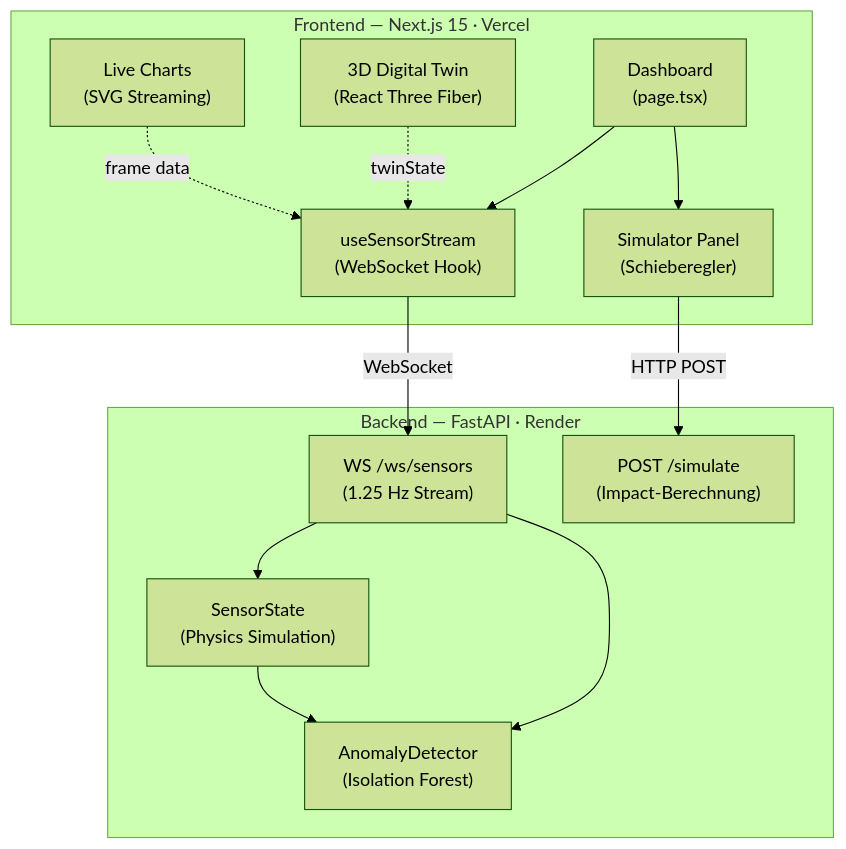
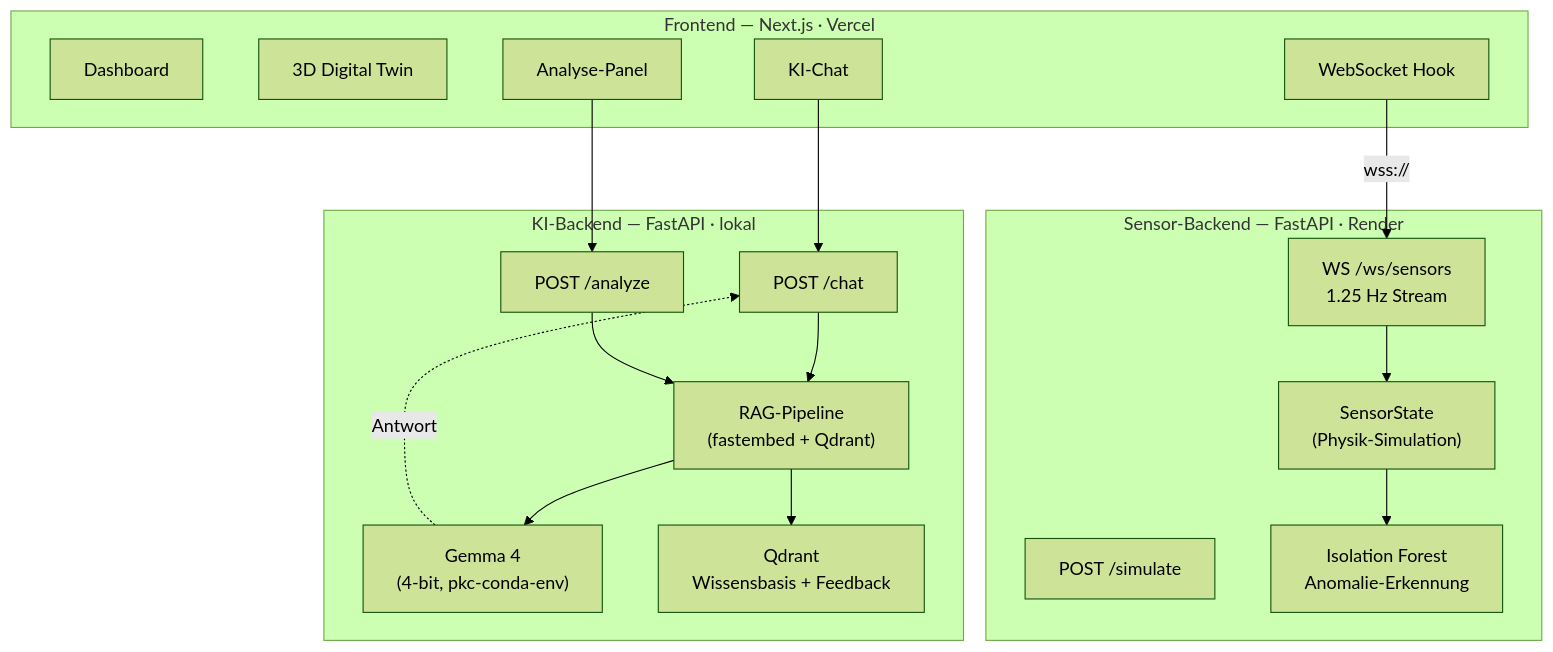
The diagram in README.md (fatihaltiok/aero-sense), drawn with Mermaid (forest theme) before and after one commit. The commit also changed other lines of this file, not shown here.

Commit message:
docs: README vollständig aktualisiert — RAG, Chat, Architektur, Projektstruktur

````diff
--- a/README.md
+++ b/README.md
@@ -11,27 +29,32 @@
 ```mermaid
 graph TD
-    subgraph Frontend ["Frontend — Next.js 15 · Vercel"]
-        UI["Dashboard\n(page.tsx)"]
-        TW["3D Digital Twin\n(React Three Fiber)"]
-        CH["Live Charts\n(SVG Streaming)"]
-        SIM["Simulator Panel\n(Schieberegler)"]
-        WS_CLIENT["useSensorStream\n(WebSocket Hook)"]
+    subgraph Frontend ["Frontend — Next.js · Vercel"]
+        UI["Dashboard"]
+        TW["3D Digital Twin"]
+        CHAT["KI-Chat"]
+        ANA["Analyse-Panel"]
+        WS["WebSocket Hook"]
     end
 
-    subgraph Backend ["Backend — FastAPI · Render"]
-        WS_SERVER["WS /ws/sensors\n(1.25 Hz Stream)"]
-        SIM_EP["POST /simulate\n(Impact-Berechnung)"]
-        SENSOR["SensorState\n(Physics Simulation)"]
-        ML["AnomalyDetector\n(Isolation Forest)"]
+    subgraph CloudBackend ["Sensor-Backend — FastAPI · Render"]
+        WS_S["WS /ws/sensors\n1.25 Hz Stream"]
+        SIM_EP["POST /simulate"]
+        SENSOR["SensorState\n(Physik-Simulation)"]
+        ML["Isolation Forest\nAnomalie-Erkennung"]
     end
 
-    UI --> WS_CLIENT
-    UI --> SIM
-    WS_CLIENT -->|WebSocket| WS_SERVER
-    SIM -->|HTTP POST| SIM_EP
-    WS_SERVER --> SENSOR
-    WS_SERVER --> ML
-    SENSOR --> ML
-    TW -.->|twinState| WS_CLIENT
-    CH -.->|frame data| WS_CLIENT
+    subgraph LocalBackend ["KI-Backend — FastAPI · lokal"]
+        CHAT_EP["POST /chat"]
+        ANA_EP["POST /analyze"]
+        RAG["RAG-Pipeline\n(fastembed + Qdrant)"]
+        GEMMA["Gemma 4\n(4-bit, pkc-conda-env)"]
+        QDRANT["Qdrant\nWissensbasis + Feedback"]
+    end
+
+    WS -->|wss://| WS_S
+    WS_S --> SENSOR --> ML
+    CHAT --> CHAT_EP --> RAG --> GEMMA
+    ANA  --> ANA_EP  --> RAG
+    RAG  --> QDRANT
+    GEMMA -.->|Antwort| CHAT_EP
 ```
````
